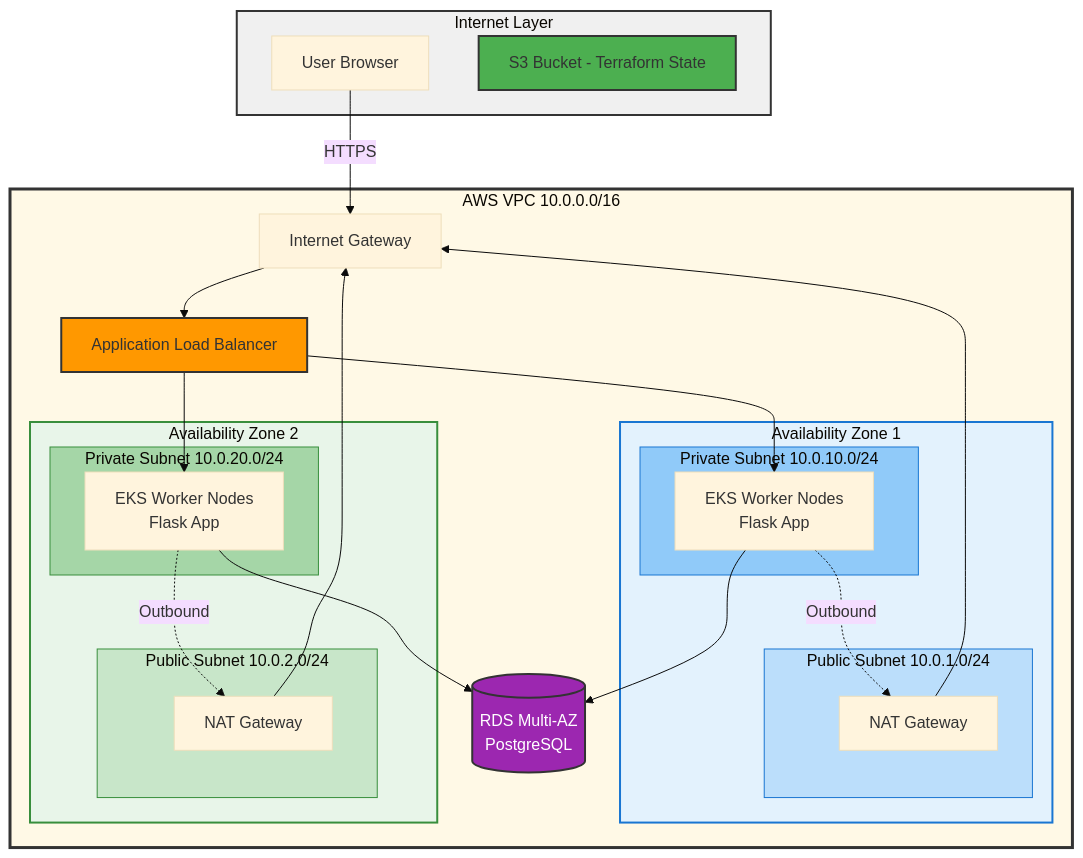
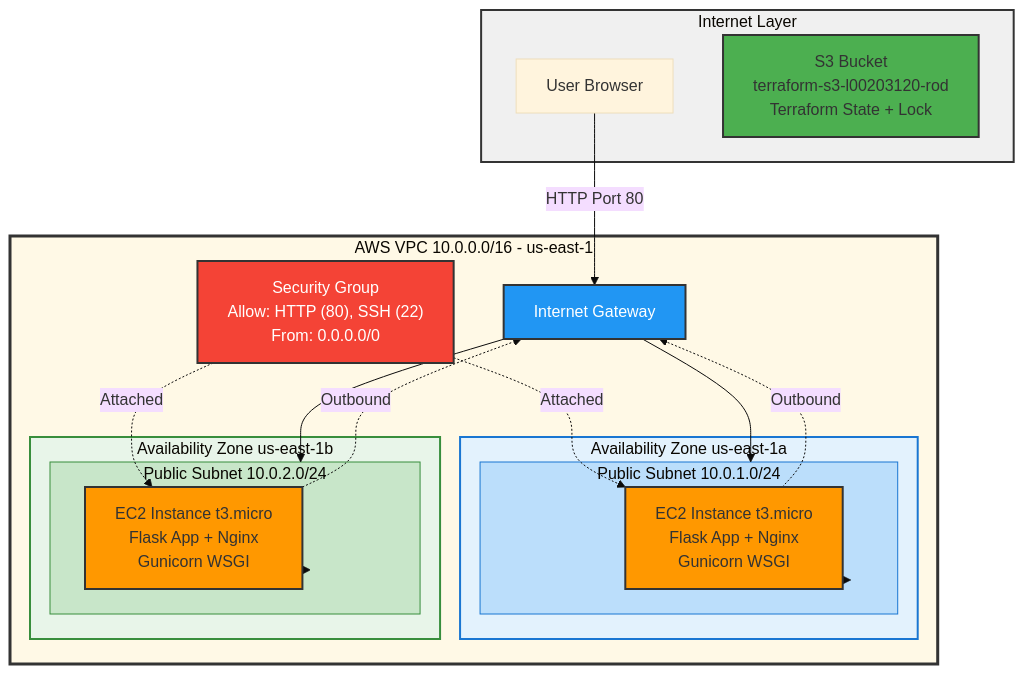
The diagram in README.md (RODea-L00203120/IaC_Lab_2_Terraform), drawn with Mermaid (base theme) before and after one commit. The commit also changed other lines of this file, not shown here.

Commit message:
Update to README.md

````diff
--- a/README.md
+++ b/README.md
@@ -15,54 +15,47 @@
 ```mermaid
 graph TB
     subgraph Internet["Internet Layer"]
         User[User Browser]
-        S3["S3 Bucket - Terraform State"]
+        S3["S3 Bucket<br/>terraform-s3-l00203120-rod<br/>Terraform State + Lock"]
     end
     
-    subgraph VPC["AWS VPC 10.0.0.0/16"]
+    subgraph VPC["AWS VPC 10.0.0.0/16 - us-east-1"]
         IGW[Internet Gateway]
-        ALB[Application Load Balancer]
-        RDS[("RDS Multi-AZ<br/>PostgreSQL")]
         
-        subgraph AZ1["Availability Zone 1"]
+        subgraph AZ1["Availability Zone us-east-1a"]
             subgraph PubSub1["Public Subnet 10.0.1.0/24"]
-                NAT1[NAT Gateway]
-            end
-            subgraph PrivSub1["Private Subnet 10.0.10.0/24"]
-                EKS1["EKS Worker Nodes<br/>Flask App"]
+                EC2_1["EC2 Instance t3.micro<br/>Flask App + Nginx<br/>Gunicorn WSGI"]
             end
         end
         
-        subgraph AZ2["Availability Zone 2"]
+        subgraph AZ2["Availability Zone us-east-1b"]
             subgraph PubSub2["Public Subnet 10.0.2.0/24"]
-                NAT2[NAT Gateway]
-            end
-            subgraph PrivSub2["Private Subnet 10.0.20.0/24"]
-                EKS2["EKS Worker Nodes<br/>Flask App"]
+                EC2_2["EC2 Instance t3.micro<br/>Flask App + Nginx<br/>Gunicorn WSGI"]
             end
         end
+        
+        SG["Security Group<br/>Allow: HTTP (80), SSH (22)<br/>From: 0.0.0.0/0"]
     end
     
-    User -->|HTTPS| IGW
-    IGW --> ALB
-    ALB --> EKS1
-    ALB --> EKS2
-    EKS1 --> RDS
-    EKS2 --> RDS
-    EKS1 -.->|Outbound| NAT1
-    EKS2 -.->|Outbound| NAT2
-    NAT1 --> IGW
-    NAT2 --> IGW
+    User -->|HTTP Port 80| IGW
+    IGW --> PubSub1
+    IGW --> PubSub2
+    PubSub1 --> EC2_1
+    PubSub2 --> EC2_2
+    SG -.->|Attached| EC2_1
+    SG -.->|Attached| EC2_2
+    EC2_1 -.->|Outbound| IGW
+    EC2_2 -.->|Outbound| IGW
     
     style Internet fill:#f0f0f0,stroke:#333,stroke-width:2px
     style VPC fill:#fff9e6,stroke:#333,stroke-width:3px
     style AZ1 fill:#e3f2fd,stroke:#1976d2,stroke-width:2px
     style AZ2 fill:#e8f5e9,stroke:#388e3c,stroke-width:2px
     style PubSub1 fill:#bbdefb,stroke:#1976d2
     style PubSub2 fill:#c8e6c9,stroke:#388e3c
-    style PrivSub1 fill:#90caf9,stroke:#1976d2
-    style PrivSub2 fill:#a5d6a7,stroke:#388e3c
-    style ALB fill:#ff9800,stroke:#333,stroke-width:2px
-    style RDS fill:#9c27b0,stroke:#333,stroke-width:2px,color:#fff
+    style EC2_1 fill:#ff9800,stroke:#333,stroke-width:2px
+    style EC2_2 fill:#ff9800,stroke:#333,stroke-width:2px
+    style IGW fill:#2196f3,stroke:#333,stroke-width:2px,color:#fff
     style S3 fill:#4caf50,stroke:#333,stroke-width:2px
+    style SG fill:#f44336,stroke:#333,stroke-width:2px,color:#fff
 ```
````
